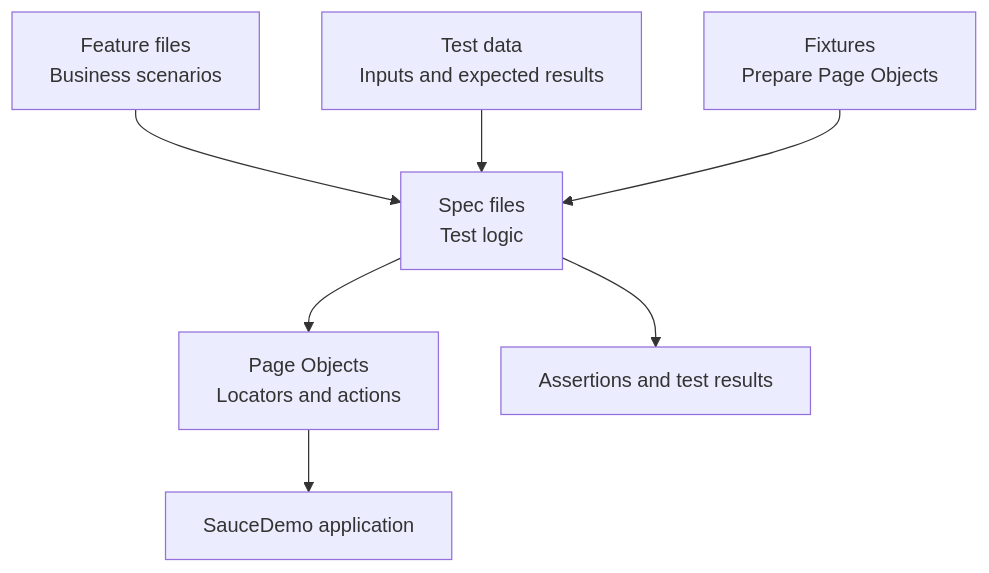
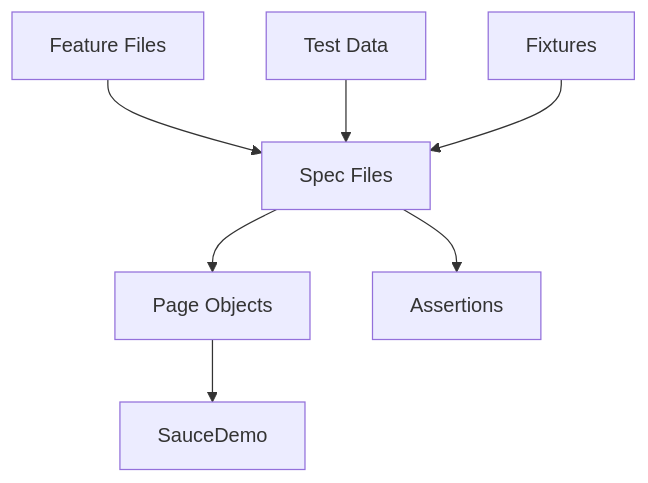
Before and after one commit to HudaHussin/playwright-automation: the diagram in README.md, drawn with Mermaid. The commit also changed other lines of this file and 4 other files, not shown here.

````diff
--- a/README.md
+++ b/README.md
@@ -117,9 +138,20 @@
 ```mermaid
 flowchart TD
-    A["Feature files<br/>Business scenarios"] --> B["Spec files<br/>Test logic"]
-    C["Test data<br/>Inputs and expected results"] --> B
-    D["Fixtures<br/>Prepare Page Objects"] --> B
-    B --> E["Page Objects<br/>Locators and actions"]
-    E --> F["SauceDemo application"]
-    B --> G["Assertions and test results"]
+
+    A[Feature Files]
+    B[Test Data]
+    C[Fixtures]
+    D[Spec Files]
+    E[Page Objects]
+    F[SauceDemo]
+    G[Assertions]
+
+    A --> D
+    B --> D
+    C --> D
+
+    D --> E
+    E --> F
+
+    D --> G
 ```
````
